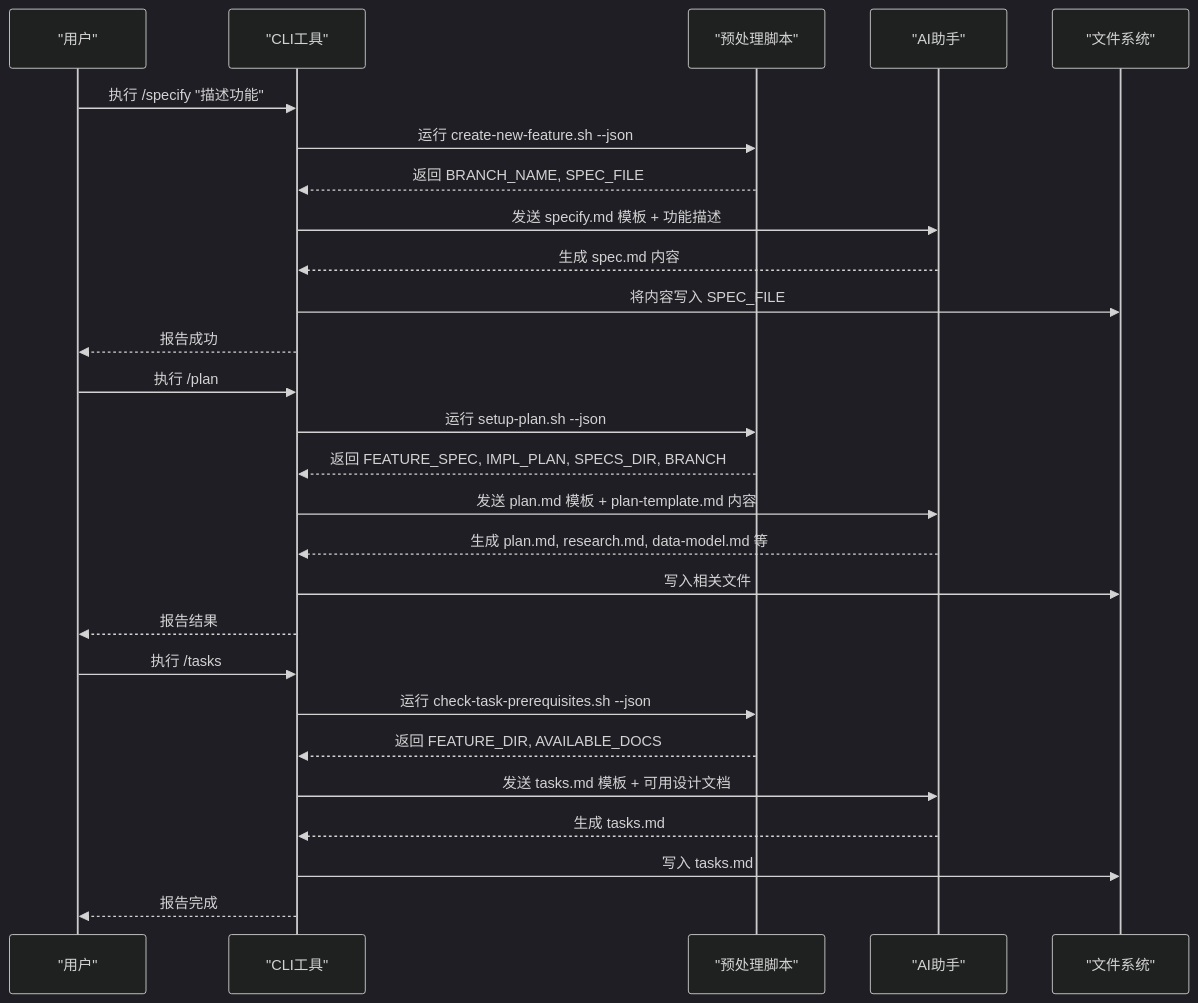
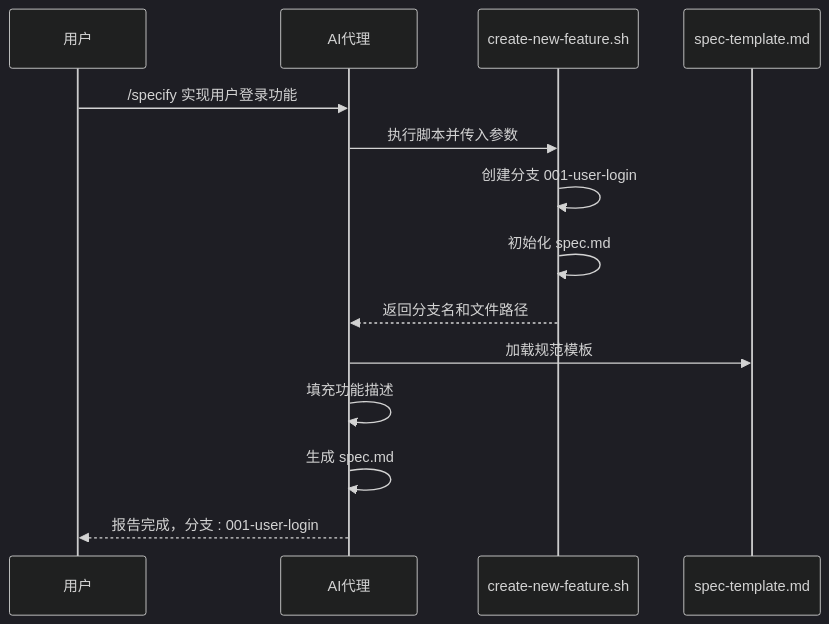
The first of 2 diagrams in .qoder/repowiki/zh/content/模板系统/命令模板.md (afanty2021/spec-kit), drawn with Mermaid (dark theme) before and after one commit. The commit also changed other lines of this file and 51 other files, not shown here.

````diff
--- a/.qoder/repowiki/zh/content/模板系统/命令模板.md
+++ b/.qoder/repowiki/zh/content/模板系统/命令模板.md
@@ -90,29 +90,16 @@
 ```mermaid
 sequenceDiagram
-participant User as "用户"
-participant CLI as "CLI工具"
-participant Script as "预处理脚本"
-participant AI as "AI助手"
-participant FS as "文件系统"
-User->>CLI : 执行 /specify "描述功能"
-CLI->>Script : 运行 create-new-feature.sh --json
-Script-->>CLI : 返回 BRANCH_NAME, SPEC_FILE
-CLI->>AI : 发送 specify.md 模板 + 功能描述
-AI-->>CLI : 生成 spec.md 内容
-CLI->>FS : 将内容写入 SPEC_FILE
-CLI-->>User : 报告成功
-User->>CLI : 执行 /plan
-CLI->>Script : 运行 setup-plan.sh --json
-Script-->>CLI : 返回 FEATURE_SPEC, IMPL_PLAN, SPECS_DIR, BRANCH
-CLI->>AI : 发送 plan.md 模板 + plan-template.md 内容
-AI-->>CLI : 生成 plan.md, research.md, data-model.md 等
-CLI->>FS : 写入相关文件
-CLI-->>User : 报告结果
-User->>CLI : 执行 /tasks
-CLI->>Script : 运行 check-task-prerequisites.sh --json
-Script-->>CLI : 返回 FEATURE_DIR, AVAILABLE_DOCS
-CLI->>AI : 发送 tasks.md 模板 + 可用设计文档
-AI-->>CLI : 生成 tasks.md
-CLI->>FS : 写入 tasks.md
-CLI-->>User : 报告完成
+participant User as 用户
+participant Agent as AI代理
+participant Script as create-new-feature.sh
+participant Template as spec-template.md
+User->>Agent : /specify 实现用户登录功能
+Agent->>Script : 执行脚本并传入参数
+Script->>Script : 创建分支 001-user-login
+Script->>Script : 初始化 spec.md
+Script-->>Agent : 返回分支名和文件路径
+Agent->>Template : 加载规范模板
+Agent->>Agent : 填充功能描述
+Agent->>Agent : 生成 spec.md
+Agent-->>User : 报告完成，分支 : 001-user-login
 ```
````
